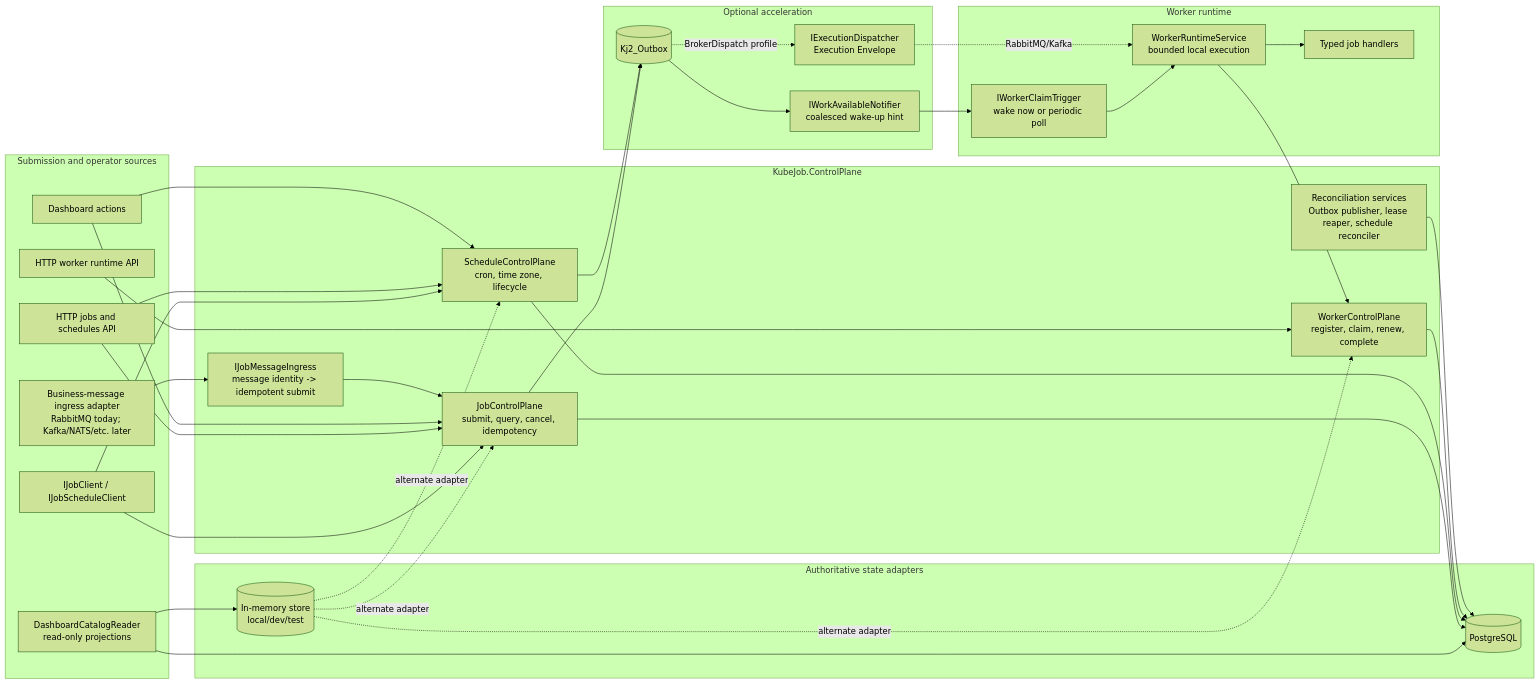
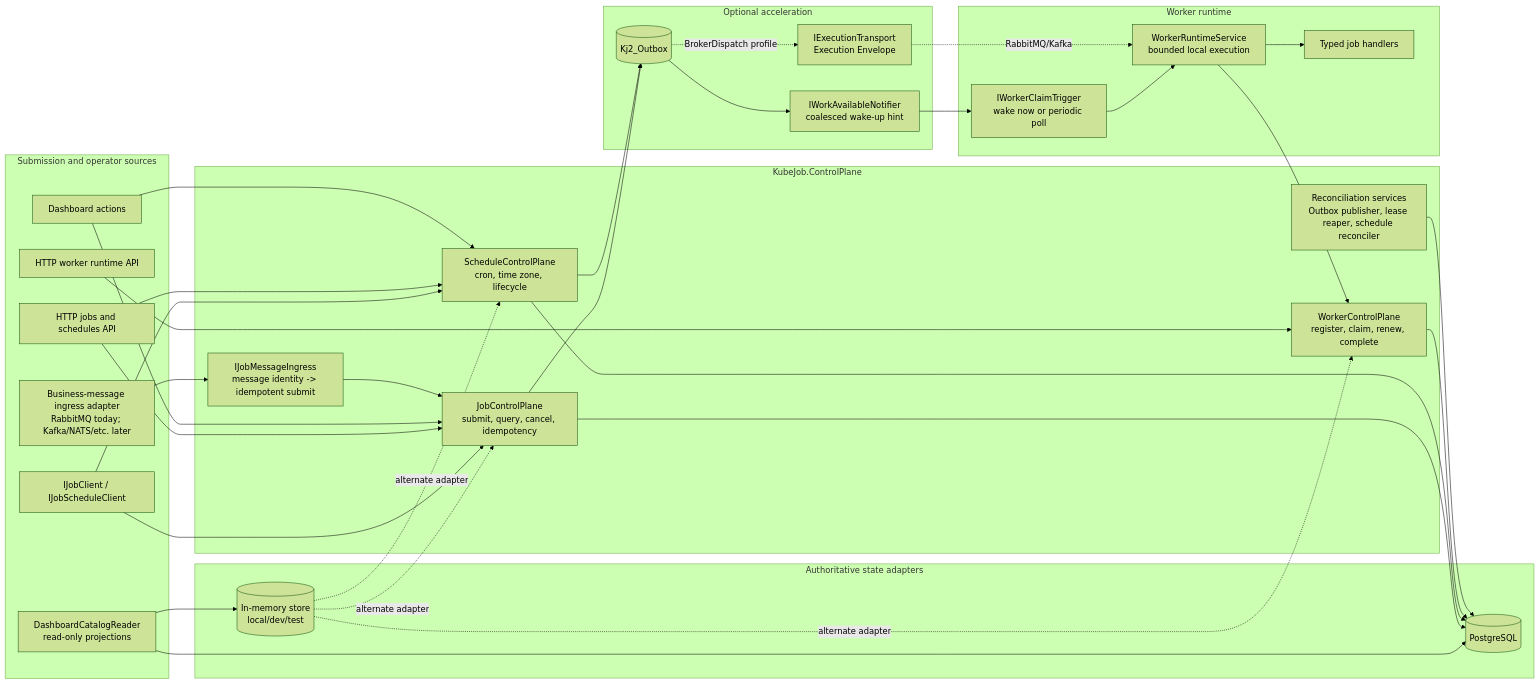
Before and after one commit to hueifeng/KubeJob: the third of 8 diagrams in docs/v2/logical-architecture.md, drawn with Mermaid (forest theme). The commit also changed other lines of this file and 21 other files, not shown here.

````diff
--- a/docs/v2/logical-architecture.md
+++ b/docs/v2/logical-architecture.md
@@ -111,62 +111,62 @@
 ```mermaid
 flowchart LR
     subgraph Sources["Submission and operator sources"]
         typed["IJobClient / IJobScheduleClient"]
         http["HTTP jobs and schedules API"]
         runtimeHttp["HTTP worker runtime API"]
         dashboard["Dashboard actions"]
         dashboardRead["DashboardCatalogReader\nread-only projections"]
         ingress["Business-message ingress adapter\nRabbitMQ today; Kafka/NATS/etc. later"]
     end
 
     subgraph CP["KubeJob.ControlPlane"]
         jobs["JobControlPlane\nsubmit, query, cancel, idempotency"]
         schedules["ScheduleControlPlane\ncron, time zone, lifecycle"]
         workers["WorkerControlPlane\nregister, claim, renew, complete"]
         message["IJobMessageIngress\nmessage identity -> idempotent submit"]
         reconcilers["Reconciliation services\nOutbox publisher, lease reaper, schedule reconciler"]
     end
 
     subgraph State["Authoritative state adapters"]
         postgres[("PostgreSQL")]
         memory[("In-memory store\nlocal/dev/test")]
     end
 
     subgraph Signals["Optional acceleration"]
         outbox[("Kj2_Outbox")]
         wakeup["IWorkAvailableNotifier\ncoalesced wake-up hint"]
-        dispatch["IExecutionDispatcher\nExecution Envelope"]
+        dispatch["IExecutionTransport\nExecution Envelope"]
     end
 
     subgraph Workers["Worker runtime"]
         worker["WorkerRuntimeService\nbounded local execution"]
         trigger["IWorkerClaimTrigger\nwake now or periodic poll"]
         handlers["Typed job handlers"]
     end
 
     typed --> jobs
     typed --> schedules
     http --> jobs
     http --> schedules
     runtimeHttp --> workers
     dashboard --> jobs
     dashboard --> schedules
     dashboardRead --> postgres
     dashboardRead --> memory
     ingress --> message --> jobs
 
     jobs --> postgres
     schedules --> postgres
     workers --> postgres
     reconcilers --> postgres
     jobs --> outbox
     schedules --> outbox
     outbox --> wakeup --> trigger
     outbox -. "BrokerDispatch profile" .-> dispatch
     trigger --> worker --> workers
     dispatch -. "RabbitMQ/Kafka" .-> worker
     worker --> handlers
     memory -. "alternate adapter" .-> jobs
     memory -. "alternate adapter" .-> schedules
     memory -. "alternate adapter" .-> workers
 ```
````
